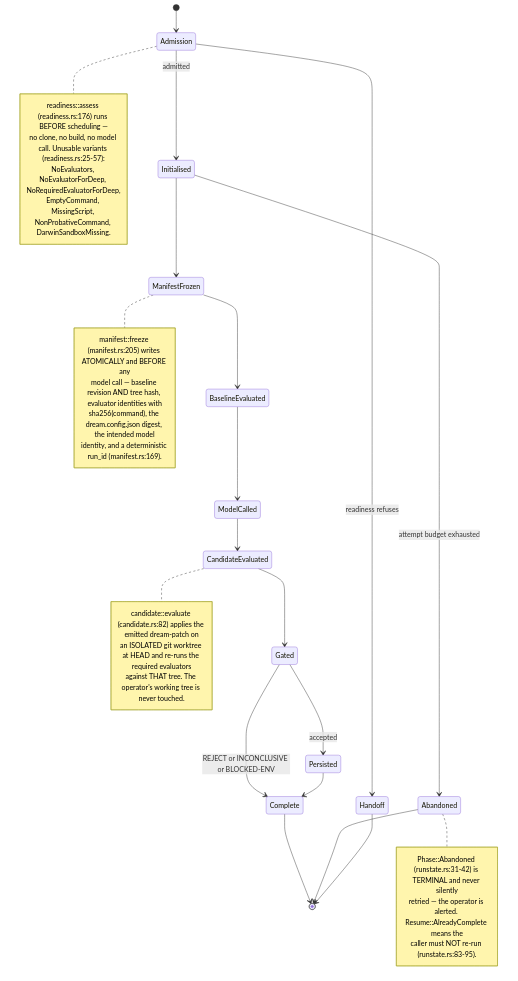
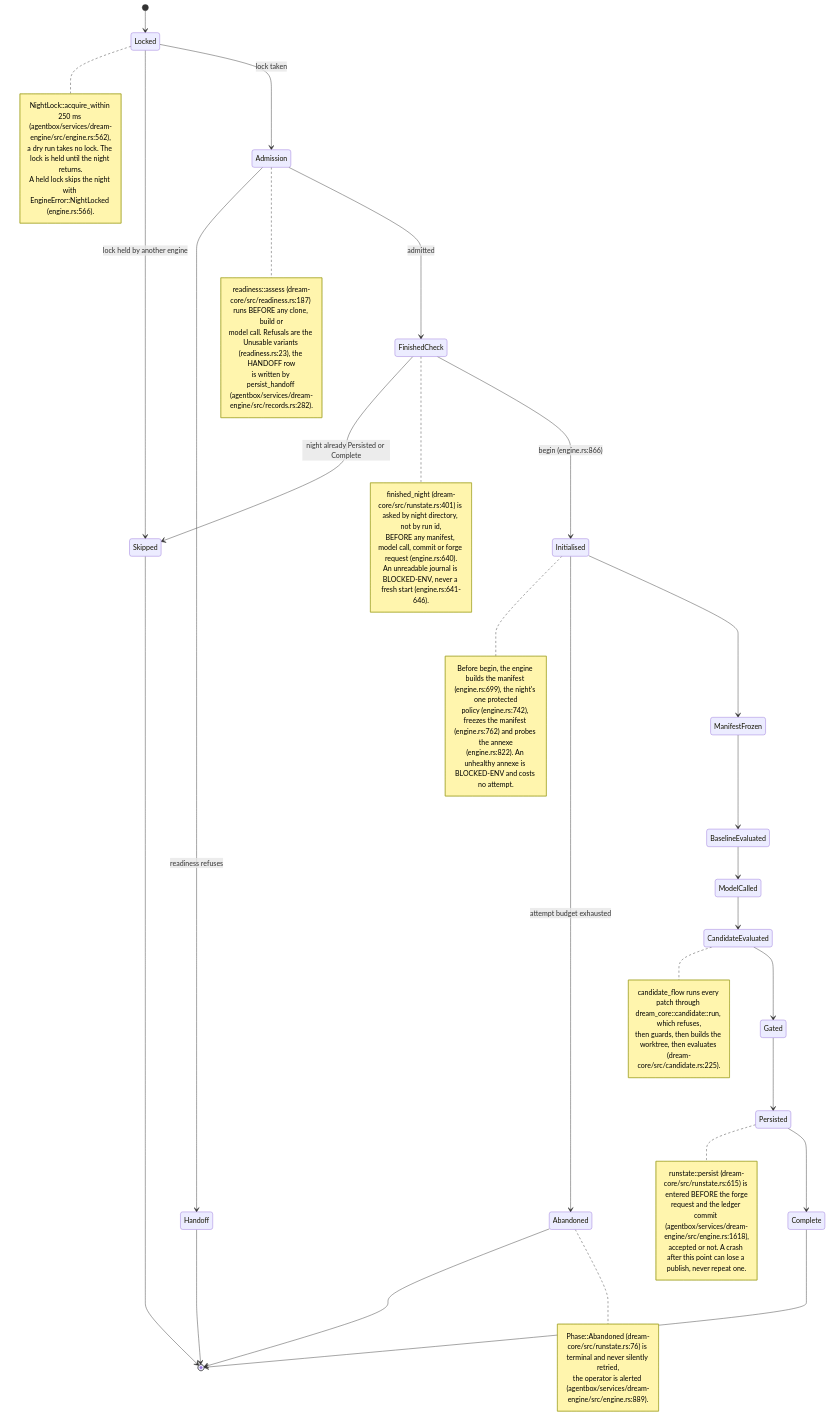
Before and after one commit to DreamLab-AI/VisionFlow: the first of 20 diagrams in docs/diagrams/agentbox/23-dream-engine.md, drawn with Mermaid. The commit also changed other lines of this file and 12 other files, not shown here.

First line of the commit message:
docs(diagrams): map the dream-engine extraction (AB-23, ES-05, ES-90, new DE area)

````diff
--- a/docs/diagrams/agentbox/23-dream-engine.md
+++ b/docs/diagrams/agentbox/23-dream-engine.md
@@ -61,40 +80,55 @@
 ```mermaid
 stateDiagram-v2
-    [*] --> Admission
+    [*] --> Locked
+    note right of Locked
+        NightLock::acquire_within 250 ms (agentbox/services/dream-engine/src/engine.rs:562),
+        a dry run takes no lock. The lock is held until the night returns.
+        A held lock skips the night with EngineError::NightLocked (engine.rs:566).
+    end note
+    Locked --> Skipped : lock held by another engine
+    Locked --> Admission : lock taken
     Admission --> Handoff : readiness refuses
     note right of Admission
-        readiness::assess (readiness.rs:176) runs BEFORE scheduling —
-        no clone, no build, no model call. Unusable variants (readiness.rs:25-57):
-        NoEvaluators, NoEvaluatorForDeep, NoRequiredEvaluatorForDeep,
-        EmptyCommand, MissingScript, NonProbativeCommand, DarwinSandboxMissing.
+        readiness::assess (dream-core/src/readiness.rs:187) runs BEFORE any clone, build or
+        model call. Refusals are the Unusable variants (readiness.rs:23), the HANDOFF row
+        is written by persist_handoff (agentbox/services/dream-engine/src/records.rs:282).
     end note
-    Admission --> Initialised : admitted
+    Admission --> FinishedCheck : admitted
+    FinishedCheck --> Skipped : night already Persisted or Complete
+    note right of FinishedCheck
+        finished_night (dream-core/src/runstate.rs:401) is asked by night directory, not by run id,
+        BEFORE any manifest, model call, commit or forge request (engine.rs:640).
+        An unreadable journal is BLOCKED-ENV, never a fresh start (engine.rs:641-646).
+    end note
+    FinishedCheck --> Initialised : begin (engine.rs:866)
+    note right of Initialised
+        Before begin, the engine builds the manifest (engine.rs:699), the night's one protected
+        policy (engine.rs:742), freezes the manifest (engine.rs:762) and probes the annexe
+        (engine.rs:822). An unhealthy annexe is BLOCKED-ENV and costs no attempt.
+    end note
+    Initialised --> Abandoned : attempt budget exhausted
     Initialised --> ManifestFrozen
-    note right of ManifestFrozen
-        manifest::freeze (manifest.rs:205) writes ATOMICALLY and BEFORE any
-        model call — baseline revision AND tree hash, evaluator identities with
-        sha256(command), the dream.config.json digest, the intended model
-        identity, and a deterministic run_id (manifest.rs:169).
-    end note
     ManifestFrozen --> BaselineEvaluated
     BaselineEvaluated --> ModelCalled
     ModelCalled --> CandidateEvaluated
     note right of CandidateEvaluated
-        candidate::evaluate (candidate.rs:82) applies the emitted dream-patch on
-        an ISOLATED git worktree at HEAD and re-runs the required evaluators
-        against THAT tree. The operator's working tree is never touched.
+        candidate_flow runs every patch through dream_core::candidate::run, which refuses,
+        then guards, then builds the worktree, then evaluates (dream-core/src/candidate.rs:225).
     end note
     CandidateEvaluated --> Gated
-    Gated --> Persisted : accepted
-    Gated --> Complete : REJECT or INCONCLUSIVE or BLOCKED-ENV
+    Gated --> Persisted
+    note right of Persisted
+        runstate::persist (dream-core/src/runstate.rs:615) is entered BEFORE the forge
+        request and the ledger commit (agentbox/services/dream-engine/src/engine.rs:1618),
+        accepted or not. A crash after this point can lose a publish, never repeat one.
+    end note
     Persisted --> Complete
     Complete --> [*]
-    Initialised --> Abandoned : attempt budget exhausted
-    note right of Abandoned
-        Phase::Abandoned (runstate.rs:31-42) is TERMINAL and never silently
-        retried — the operator is alerted. Resume::AlreadyComplete means the
-        caller must NOT re-run (runstate.rs:83-95).
-    end note
     Abandoned --> [*]
     Handoff --> [*]
+    Skipped --> [*]
+    note right of Abandoned
+        Phase::Abandoned (dream-core/src/runstate.rs:76) is terminal and never silently retried,
+        the operator is alerted (agentbox/services/dream-engine/src/engine.rs:889).
+    end note
 ```
````
